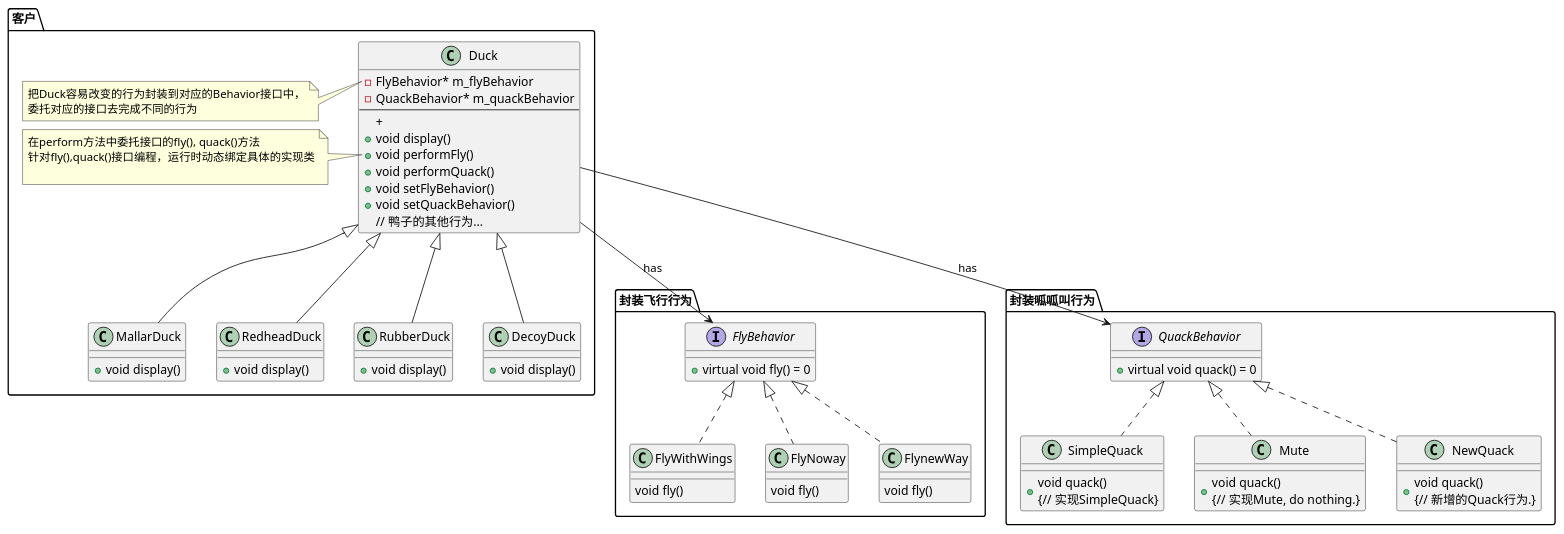
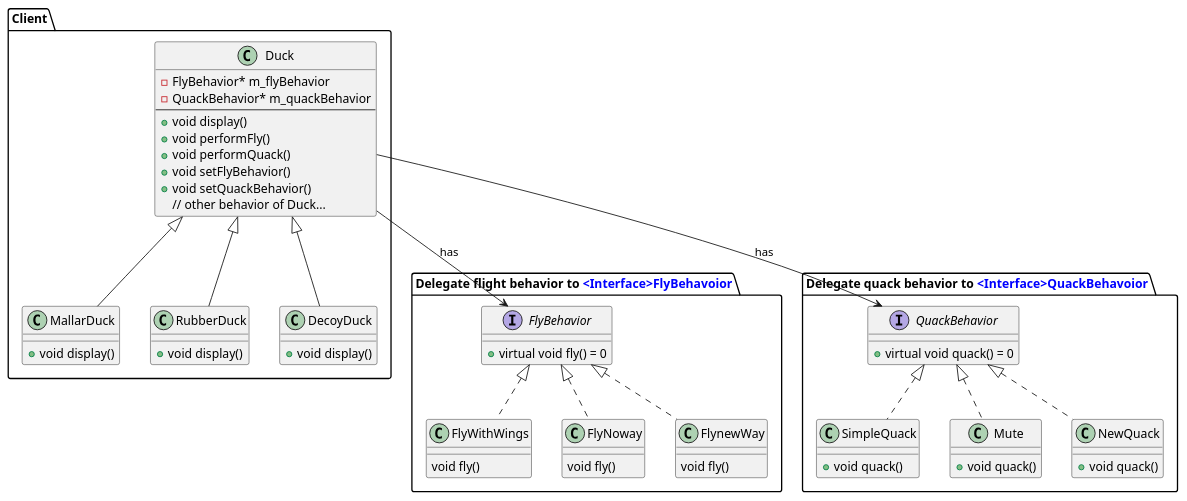
Before and after one commit to jwbecalm/Head-First-Design-Patterns-in-CPP: the diagram in ch01_Strategy/plantuml/Strategy_class.plantuml, drawn with PlantUML. The commit also changed 3 other files, not shown here.

```diff
--- a/ch01_Strategy/plantuml/Strategy_class.plantuml
+++ b/ch01_Strategy/plantuml/Strategy_class.plantuml
@@ -1,75 +1,71 @@
 @startuml Strategy Pattern
 
-package "客户"{
+package "Client"{
 class Duck
 {
     - FlyBehavior* m_flyBehavior
     - QuackBehavior* m_quackBehavior
     --
-    + 
     + void display()
     + void performFly()
     + void performQuack()
     + void setFlyBehavior()
     + void setQuackBehavior()
-    // 鸭子的其他行为...
+    // other behavior of Duck...
 }
-note left of Duck::m_flyBehavior
-把Duck容易改变的行为封装到对应的Behavior接口中，
-委托对应的接口去完成不同的行为
-end note
+' note left of Duck::m_flyBehavior
+' 把Duck容易改变的行为封装到对应的Behavior接口中，
+' 委托对应的接口去完成不同的行为
+' end note
 
-note left of Duck::performFly
-在perform方法中委托接口的fly(), quack()方法
-针对fly(),quack()接口编程，运行时动态绑定具体的实现类
-
-end note
+' note left of Duck::performFly
+' 在perform方法中委托接口的fly(), quack()方法
+' 针对fly(),quack()接口编程，运行时动态绑定具体的实现类
+' end note
 
 class MallarDuck extends Duck{
     +void display()
 }
-class RedheadDuck extends Duck{
-    +void display()
-}
+
 class RubberDuck extends Duck{
     +void display()
 }
 class DecoyDuck extends Duck{
     +void display()
 }
 }
-package "封装飞行行为" {
+package "Delegate flight behavior to <color:blue><Interface>FlyBehavoior" {
 Duck -->FlyBehavior: has
 interface FlyBehavior{
     + virtual void fly() = 0
 }
 
 
 class FlyWithWings implements FlyBehavior{
     void fly()
 }
 class FlyNoway implements FlyBehavior{
     void fly()
 }
 class FlynewWay implements FlyBehavior{
     void fly()
 }
 }
 
-package "封装呱呱叫行为"{
+package "Delegate quack behavior to <color:blue><Interface>QuackBehavoior"{
 Duck -->QuackBehavior: has
 
 interface QuackBehavior{
     + virtual void quack() = 0
 }
 class SimpleQuack implements QuackBehavior{
-    + void quack() \n{// 实现SimpleQuack}
+    + void quack()
 }
 class Mute implements QuackBehavior{
-    + void quack() \n{// 实现Mute, do nothing.}
+    + void quack()
 }
 class NewQuack implements QuackBehavior{
-    + void quack() \n{// 新增的Quack行为.}
+    + void quack()
 }
 }
 @enduml
```
